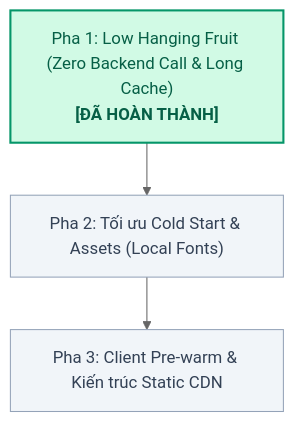
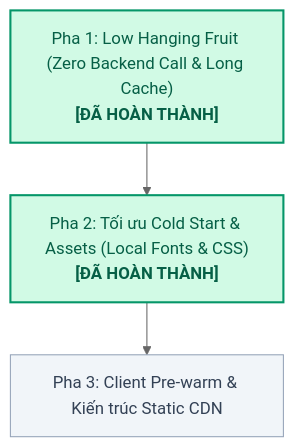
Before and after one commit to thanhdc-dev/bill-splitter: the diagram in docs/og-optimization-plan.md, drawn with Mermaid (neutral theme). The commit also changed other lines of this file and 8 other files, not shown here.

````diff
--- a/docs/og-optimization-plan.md
+++ b/docs/og-optimization-plan.md
@@ -32,7 +32,7 @@
 ```mermaid
 graph TD
-    A["Pha 1: Low Hanging Fruit (Zero Backend Call & Long Cache)<br/><b>[ĐÃ HOÀN THÀNH]</b>"]:::done --> B["Pha 2: Tối ưu Cold Start & Assets (Local Fonts)"]:::pending
+    A["Pha 1: Low Hanging Fruit (Zero Backend Call & Long Cache)<br/><b>[ĐÃ HOÀN THÀNH]</b>"]:::done --> B["Pha 2: Tối ưu Cold Start & Assets (Local Fonts & CSS)<br/><b>[ĐÃ HOÀN THÀNH]</b>"]:::done
     B --> C["Pha 3: Client Pre-warm & Kiến trúc Static CDN"]:::pending
     classDef done fill:#d1fae5,stroke:#059669,stroke-width:2px,color:#065f46;
     classDef pending fill:#f1f5f9,stroke:#94a3b8,stroke-width:1px,color:#334155;
 ```
````
